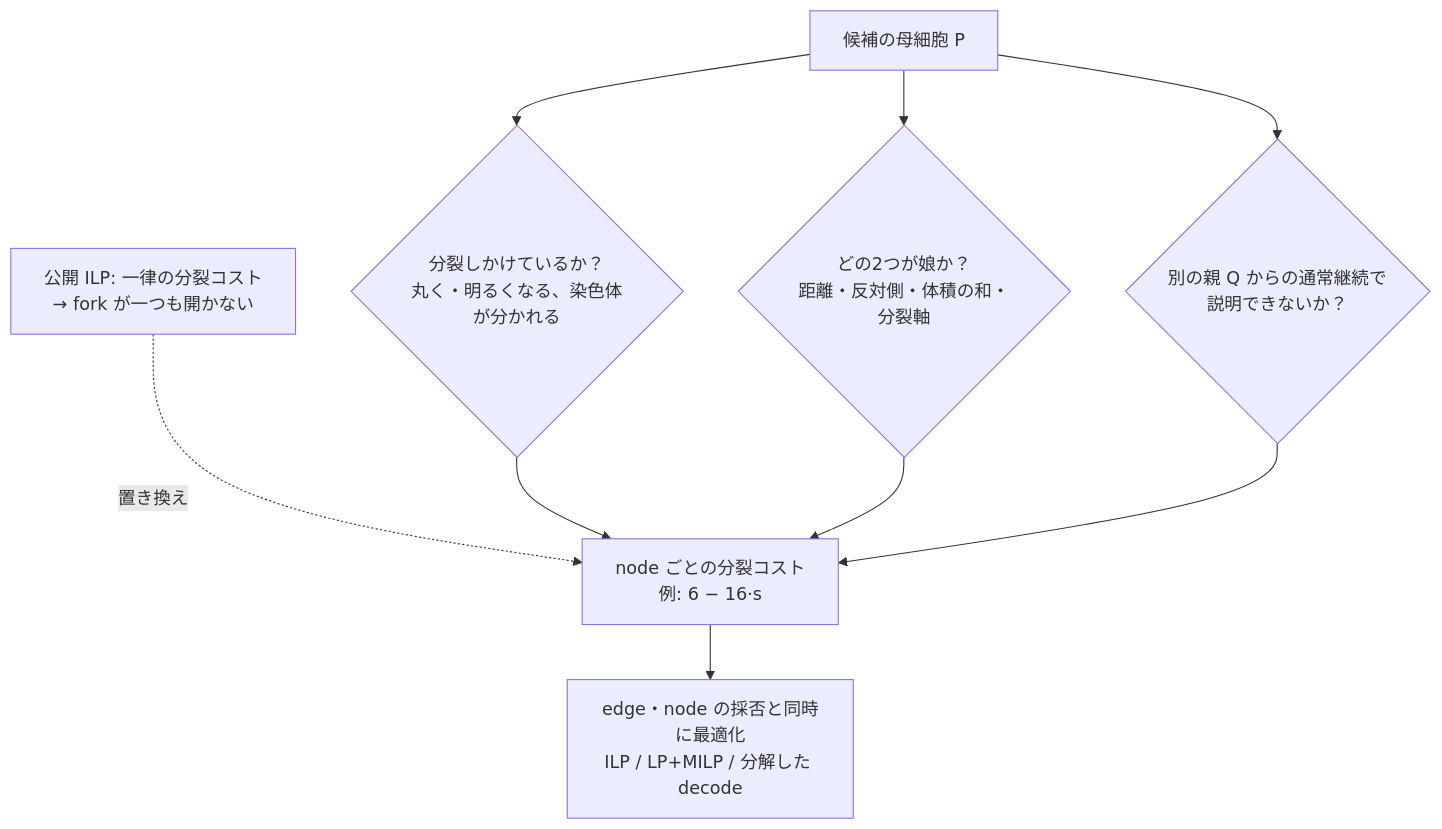
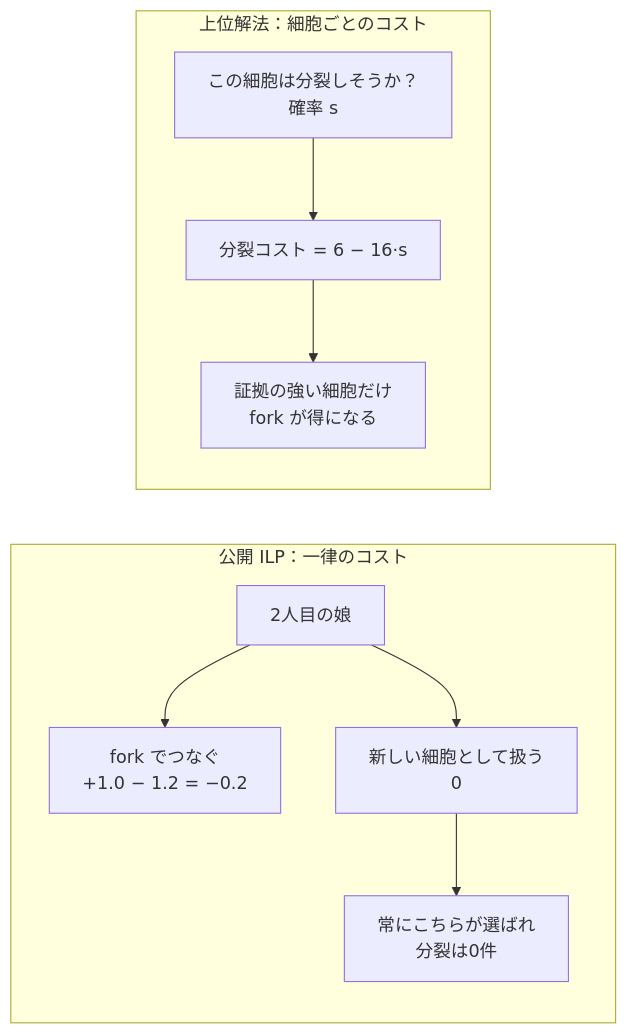
The second of 2 diagrams in solutions/202609-biohub-cell-tracking-during-development/article.md (marumarukun/kaggle-solutions), drawn with Mermaid before and after one commit. The commit also changed other lines of this file, not shown here.

````diff
--- a/solutions/202609-biohub-cell-tracking-during-development/article.md
+++ b/solutions/202609-biohub-cell-tracking-during-development/article.md
@@ -251,11 +96,12 @@
 ```mermaid
-flowchart TD
-    N["公開 ILP: 一律の分裂コスト<br/>→ fork が一つも開かない"] -. "置き換え" .-> C
-    P["候補の母細胞 P"] --> K{"分裂しかけているか？<br/>丸く・明るくなる、染色体が分かれる"}
-    P --> W{"どの2つが娘か？<br/>距離・反対側・体積の和・分裂軸"}
-    P --> X{"別の親 Q からの通常継続で<br/>説明できないか？"}
-    K --> C["node ごとの分裂コスト<br/>例: 6 − 16·s"]
-    W --> C
-    X --> C
-    C --> O["edge・node の採否と同時に最適化<br/>ILP / LP+MILP / 分解した decode"]
+flowchart LR
+    subgraph before["公開 ILP：一律のコスト"]
+        A1["2人目の娘"] --> A2["fork でつなぐ<br/>+1.0 − 1.2 = −0.2"]
+        A1 --> A3["新しい細胞として扱う<br/>0"]
+        A3 --> A4["常にこちらが選ばれ<br/>分裂は0件"]
+    end
+    subgraph after["上位解法：細胞ごとのコスト"]
+        B1["この細胞は分裂しそうか？<br/>確率 s"] --> B2["分裂コスト = 6 − 16·s"]
+        B2 --> B3["証拠の強い細胞だけ<br/>fork が得になる"]
+    end
 ```
````
